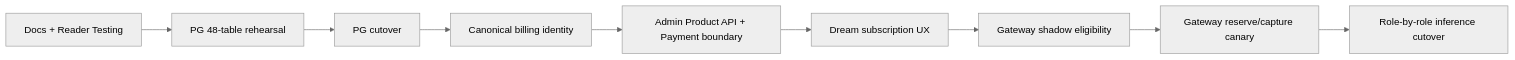
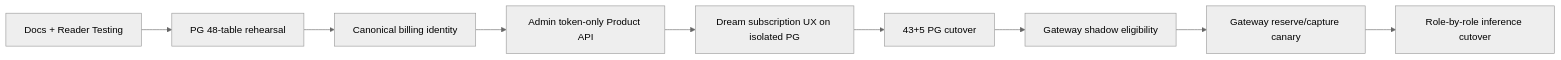
Before and after one commit to glide-the/dream-im-platform: the diagram in docs/architecture/ink-dream-memory/05-release-rollout-and-rollback.md, drawn with Mermaid (neutral theme). The commit also changed other lines of this file and 53 other files, not shown here.

First line of the commit message:
feat: implement subscription token model with monthly cycle and constraints

````diff
--- a/docs/architecture/ink-dream-memory/05-release-rollout-and-rollback.md
+++ b/docs/architecture/ink-dream-memory/05-release-rollout-and-rollback.md
@@ -19,11 +20,11 @@
 ```mermaid
 flowchart LR
   D["Docs + Reader Testing"] --> P["PG 48-table rehearsal"]
-  P --> C["PG cutover"]
-  C --> I["Canonical billing identity"]
-  I --> A["Admin Product API + Payment boundary"]
-  A --> U["Dream subscription UX"]
-  U --> S["Gateway shadow eligibility"]
+  P --> I["Canonical billing identity"]
+  I --> A["Admin token-only Product API"]
+  A --> U["Dream subscription UX on isolated PG"]
+  U --> C["43+5 PG cutover"]
+  C --> S["Gateway shadow eligibility"]
   S --> G["Gateway reserve/capture canary"]
   G --> F["Role-by-role inference cutover"]
 ```
````
